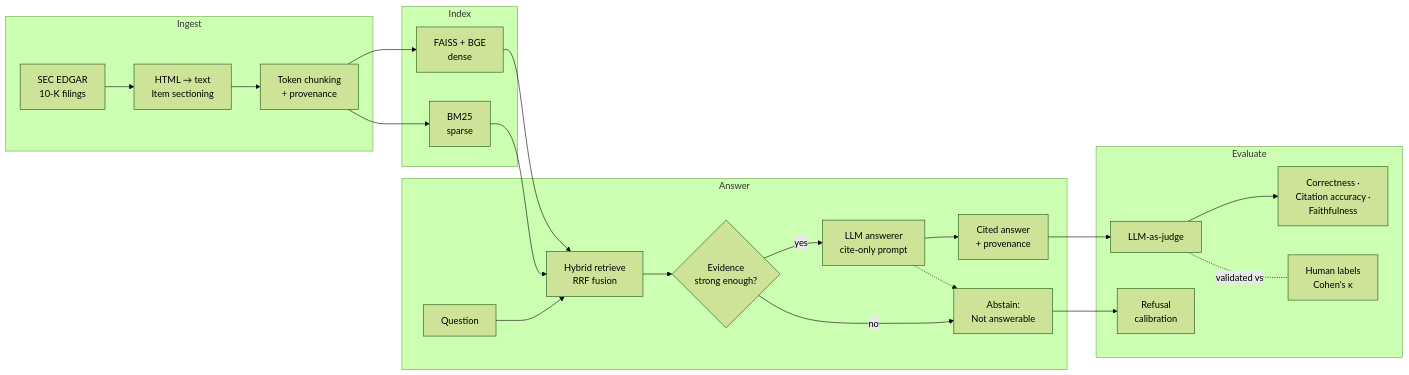
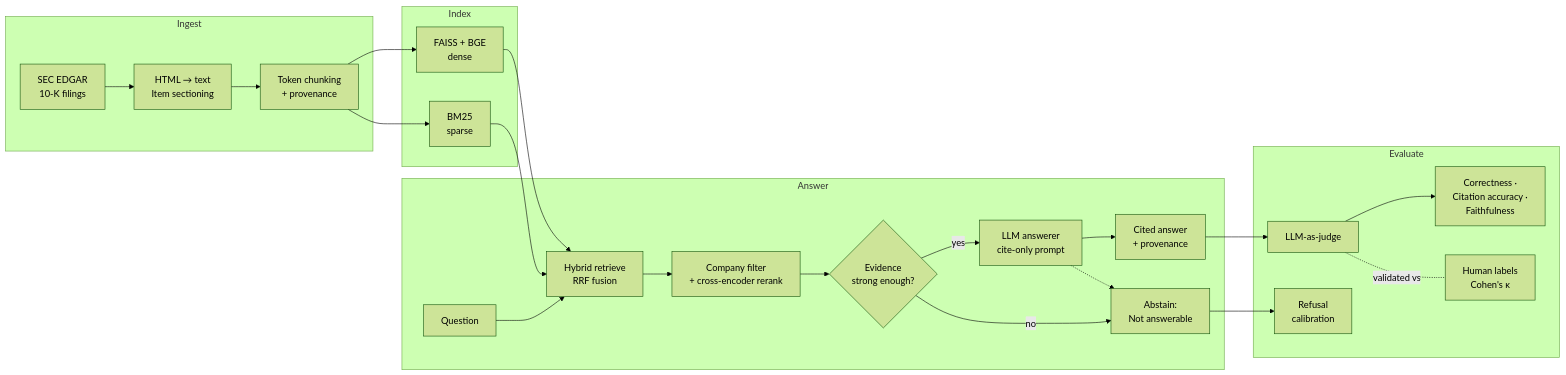
Before and after one commit to RudraMantri123/finground: the diagram in README.md, drawn with Mermaid (forest theme). The commit also changed other lines of this file and 1 other file, not shown here.

First line of the commit message:
README: final polish — findings TL;DR, current architecture, complete repro docs

````diff
--- a/README.md
+++ b/README.md
@@ -34,27 +43,28 @@
 ```mermaid
 flowchart LR
     subgraph Ingest
         A[SEC EDGAR<br/>10-K filings] --> B[HTML → text<br/>Item sectioning]
         B --> C[Token chunking<br/>+ provenance]
     end
     subgraph Index
         C --> D[BM25<br/>sparse]
         C --> E[FAISS + BGE<br/>dense]
     end
     subgraph Answer
         Q[Question] --> R[Hybrid retrieve<br/>RRF fusion]
         D --> R
         E --> R
-        R --> G{Evidence<br/>strong enough?}
+        R --> F[Company filter<br/>+ cross-encoder rerank]
+        F --> G{Evidence<br/>strong enough?}
         G -- no --> X[Abstain:<br/>Not answerable]
         G -- yes --> L[LLM answerer<br/>cite-only prompt]
         L --> Y[Cited answer<br/>+ provenance]
         L -.-> X
     end
     subgraph Evaluate
         Y --> J[LLM-as-judge]
         X --> M[Refusal<br/>calibration]
         J --> M2[Correctness ·<br/>Citation accuracy ·<br/>Faithfulness]
         J -. validated vs .- H[Human labels<br/>Cohen's κ]
     end
 ```
````
